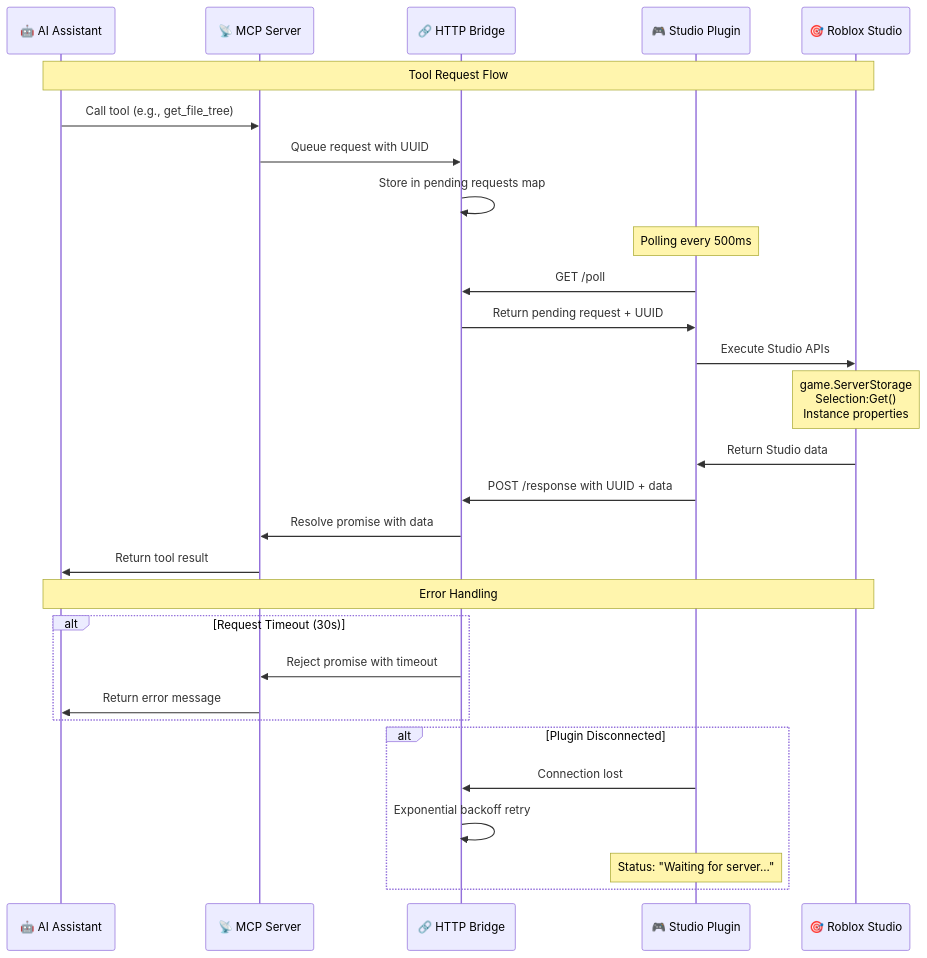
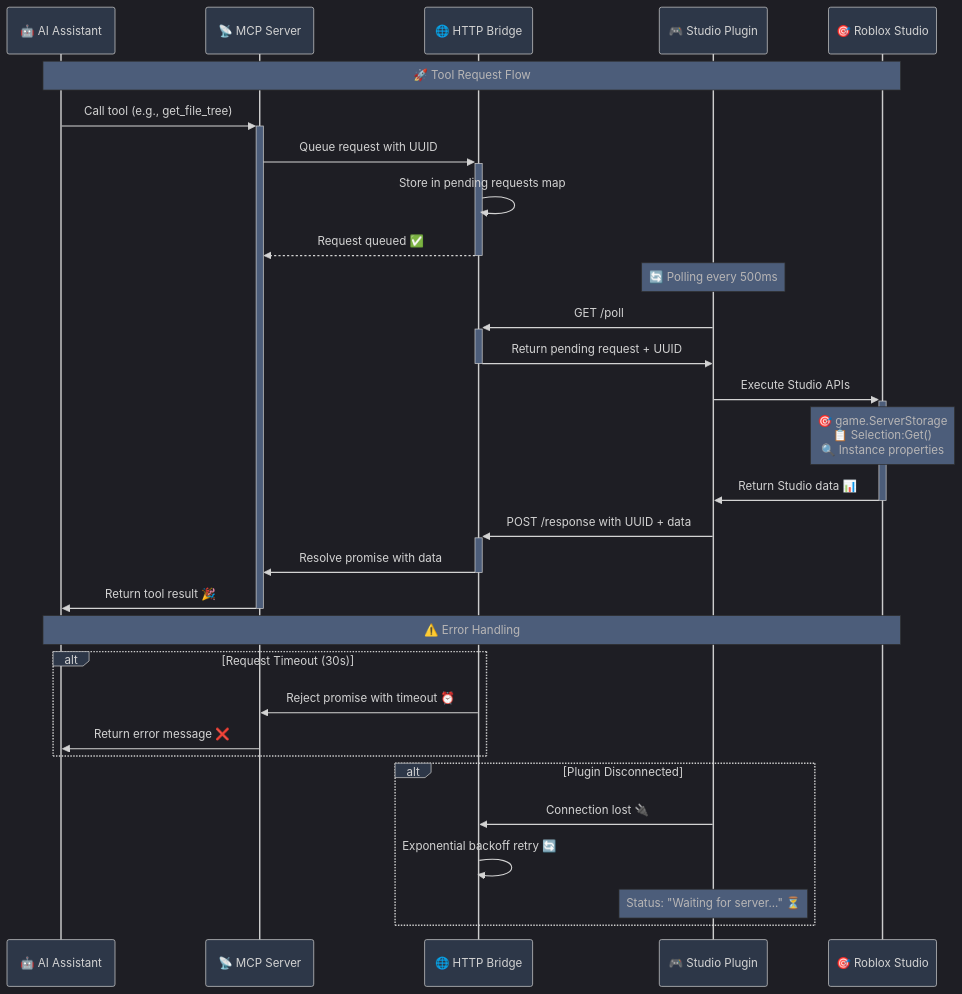
One commit to boshyxd/robloxstudio-mcp changed the second of 2 diagrams in README.md. Above: the diagram before and after it, drawn with Mermaid. The commit also changed other lines of this file, not shown here.

First line of the commit message:
Improve Mermaid diagrams with professional dark mode styling

````diff
--- a/README.md
+++ b/README.md
@@ -161,39 +170,41 @@
 ```mermaid
+%%{init: {'theme':'dark', 'themeVariables': {'primaryColor':'#2d3748', 'primaryTextColor':'#ffffff', 'primaryBorderColor':'#4a5568', 'lineColor':'#10b981', 'sectionBkgColor':'#1a202c', 'altSectionBkgColor':'#2d3748', 'gridColor':'#4a5568', 'secondaryColor':'#3b82f6', 'tertiaryColor':'#8b5cf6', 'background':'#1a202c', 'mainBkg':'#2d3748', 'secondBkg':'#374151', 'tertiaryColor':'#6366f1'}}}%%
 sequenceDiagram
     participant AI as 🤖 AI Assistant
-    participant MCP as 📡 MCP Server
-    participant HTTP as 🔗 HTTP Bridge
+    participant MCP as 📡 MCP Server  
+    participant HTTP as 🌐 HTTP Bridge
     participant PLUGIN as 🎮 Studio Plugin
     participant STUDIO as 🎯 Roblox Studio
     
-    Note over AI,STUDIO: Tool Request Flow
+    Note over AI,STUDIO: 🚀 Tool Request Flow
     
-    AI->>MCP: Call tool (e.g., get_file_tree)
-    MCP->>HTTP: Queue request with UUID
+    AI->>+MCP: Call tool (e.g., get_file_tree)
+    MCP->>+HTTP: Queue request with UUID
     HTTP->>HTTP: Store in pending requests map
+    HTTP-->>-MCP: Request queued ✅
     
-    Note over PLUGIN: Polling every 500ms
-    PLUGIN->>HTTP: GET /poll
-    HTTP->>PLUGIN: Return pending request + UUID
+    Note over PLUGIN: 🔄 Polling every 500ms
+    PLUGIN->>+HTTP: GET /poll
+    HTTP->>-PLUGIN: Return pending request + UUID
     
-    PLUGIN->>STUDIO: Execute Studio APIs
-    Note over STUDIO: game.ServerStorage<br/>Selection:Get()<br/>Instance properties
-    STUDIO->>PLUGIN: Return Studio data
+    PLUGIN->>+STUDIO: Execute Studio APIs
+    Note over STUDIO: 🎯 game.ServerStorage<br/>📋 Selection:Get()<br/>🔍 Instance properties
+    STUDIO->>-PLUGIN: Return Studio data 📊
     
-    PLUGIN->>HTTP: POST /response with UUID + data
-    HTTP->>MCP: Resolve promise with data
-    MCP->>AI: Return tool result
+    PLUGIN->>+HTTP: POST /response with UUID + data
+    HTTP->>-MCP: Resolve promise with data
+    MCP->>-AI: Return tool result 🎉
     
-    Note over AI,STUDIO: Error Handling
+    Note over AI,STUDIO: ⚠️ Error Handling
     
     alt Request Timeout (30s)
-        HTTP->>MCP: Reject promise with timeout
-        MCP->>AI: Return error message
+        HTTP->>MCP: Reject promise with timeout ⏰
+        MCP->>AI: Return error message ❌
     end
     
     alt Plugin Disconnected
-        PLUGIN->>HTTP: Connection lost
-        HTTP->>HTTP: Exponential backoff retry
-        Note over PLUGIN: Status: "Waiting for server..."
+        PLUGIN->>HTTP: Connection lost 🔌
+        HTTP->>HTTP: Exponential backoff retry 🔄
+        Note over PLUGIN: Status: "Waiting for server..." ⏳
     end
 ```
````
